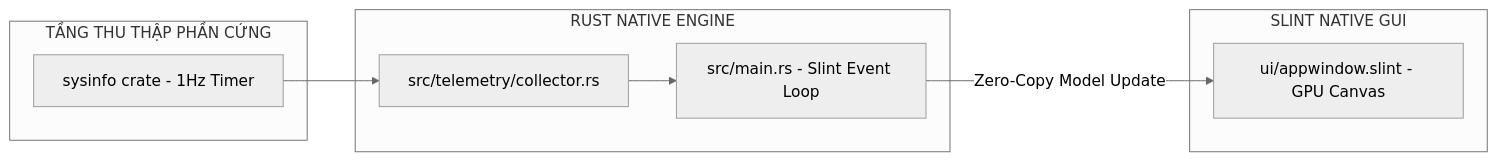
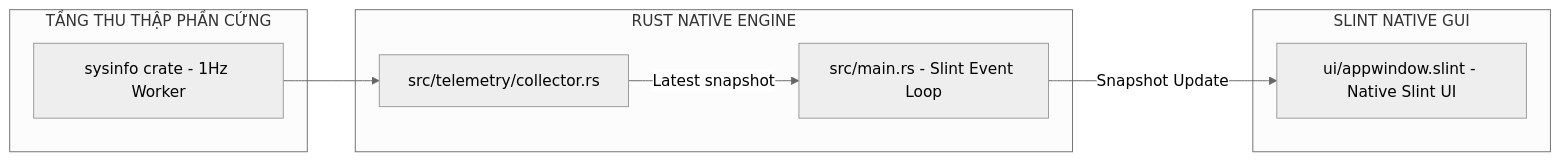
Before and after one commit to ryantr-statinops/Orbit-System-Manager: the diagram in README.md, drawn with Mermaid (neutral theme). The commit also changed other lines of this file, not shown here.

````diff
--- a/README.md
+++ b/README.md
@@ -28,18 +27,18 @@
 ```mermaid
 graph LR
     subgraph Hardware_Layer [TẦNG THU THẬP PHẦN CỨNG]
-        Sysinfo[sysinfo crate - 1Hz Timer]
+        Sysinfo[sysinfo crate - 1Hz Worker]
     end
 
     subgraph Core_Engine [RUST NATIVE ENGINE]
         MainLoop[src/main.rs - Slint Event Loop]
         Collector[src/telemetry/collector.rs]
         Sysinfo --> Collector
-        Collector --> MainLoop
+        Collector -->|Latest snapshot| MainLoop
     end
 
     subgraph UI_Surface [SLINT NATIVE GUI]
-        SlintView[ui/appwindow.slint - GPU Canvas]
-        MainLoop -->|Zero-Copy Model Update| SlintView
+        SlintView[ui/appwindow.slint - Native Slint UI]
+        MainLoop -->|Snapshot Update| SlintView
     end
 ```
````
